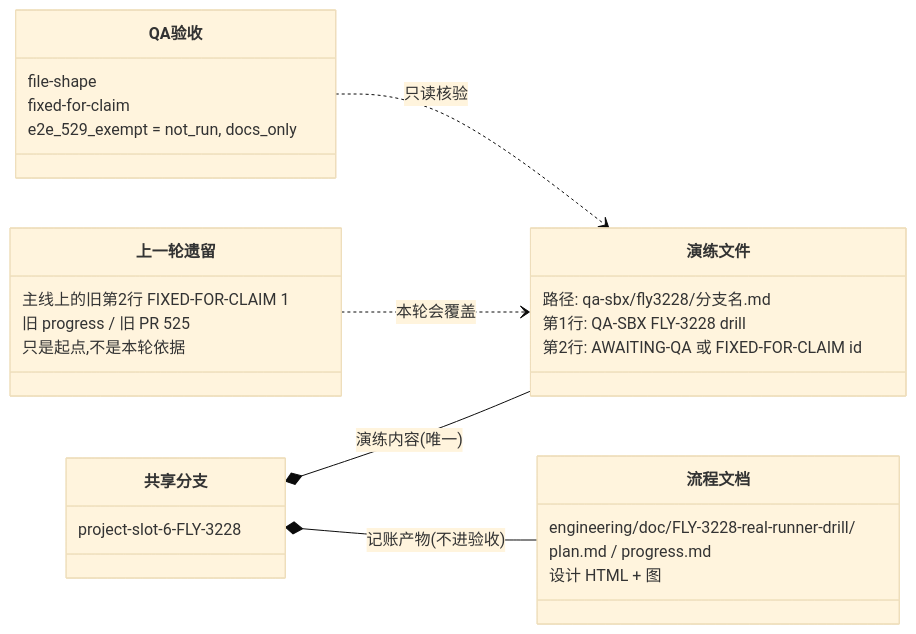
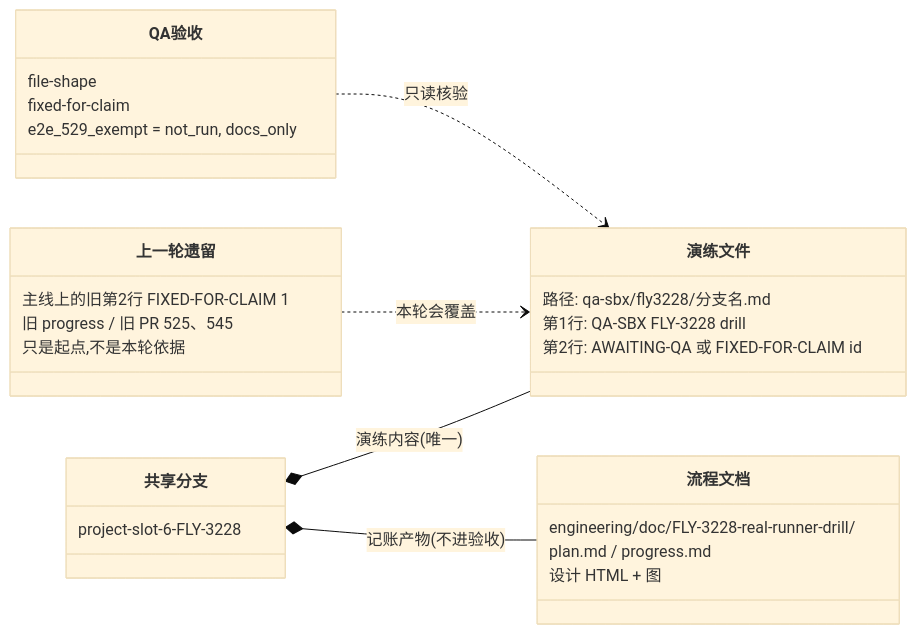
One commit to xrliAnnie/flywheel-qa-sandbox changed the diagram in engineering/doc/FLY-3228-real-runner-drill/d2-data-model.mmd. Above: the diagram before and after it, drawn with Mermaid (base theme). The commit also changed 2 other files, not shown here.

```diff
--- a/engineering/doc/FLY-3228-real-runner-drill/d2-data-model.mmd
+++ b/engineering/doc/FLY-3228-real-runner-drill/d2-data-model.mmd
@@ -1,29 +1,29 @@
 classDiagram
     direction LR
     class 共享分支 {
         project-slot-6-FLY-3228
     }
     class 演练文件 {
         路径: qa-sbx/fly3228/分支名.md
         第1行: QA-SBX FLY-3228 drill
         第2行: AWAITING-QA 或 FIXED-FOR-CLAIM id
     }
     class 上一轮遗留 {
         主线上的旧第2行 FIXED-FOR-CLAIM 1
-        旧 progress / 旧 PR 525
+        旧 progress / 旧 PR 525、545
         只是起点,不是本轮依据
     }
     class 流程文档 {
         engineering/doc/FLY-3228-real-runner-drill/
         plan.md / progress.md
         设计 HTML + 图
     }
     class QA验收 {
         file-shape
         fixed-for-claim
         e2e_529_exempt = not_run, docs_only
     }
     共享分支 *-- 演练文件 : 演练内容(唯一)
     共享分支 *-- 流程文档 : 记账产物(不进验收)
     上一轮遗留 ..> 演练文件 : 本轮会覆盖
     QA验收 ..> 演练文件 : 只读核验
```
